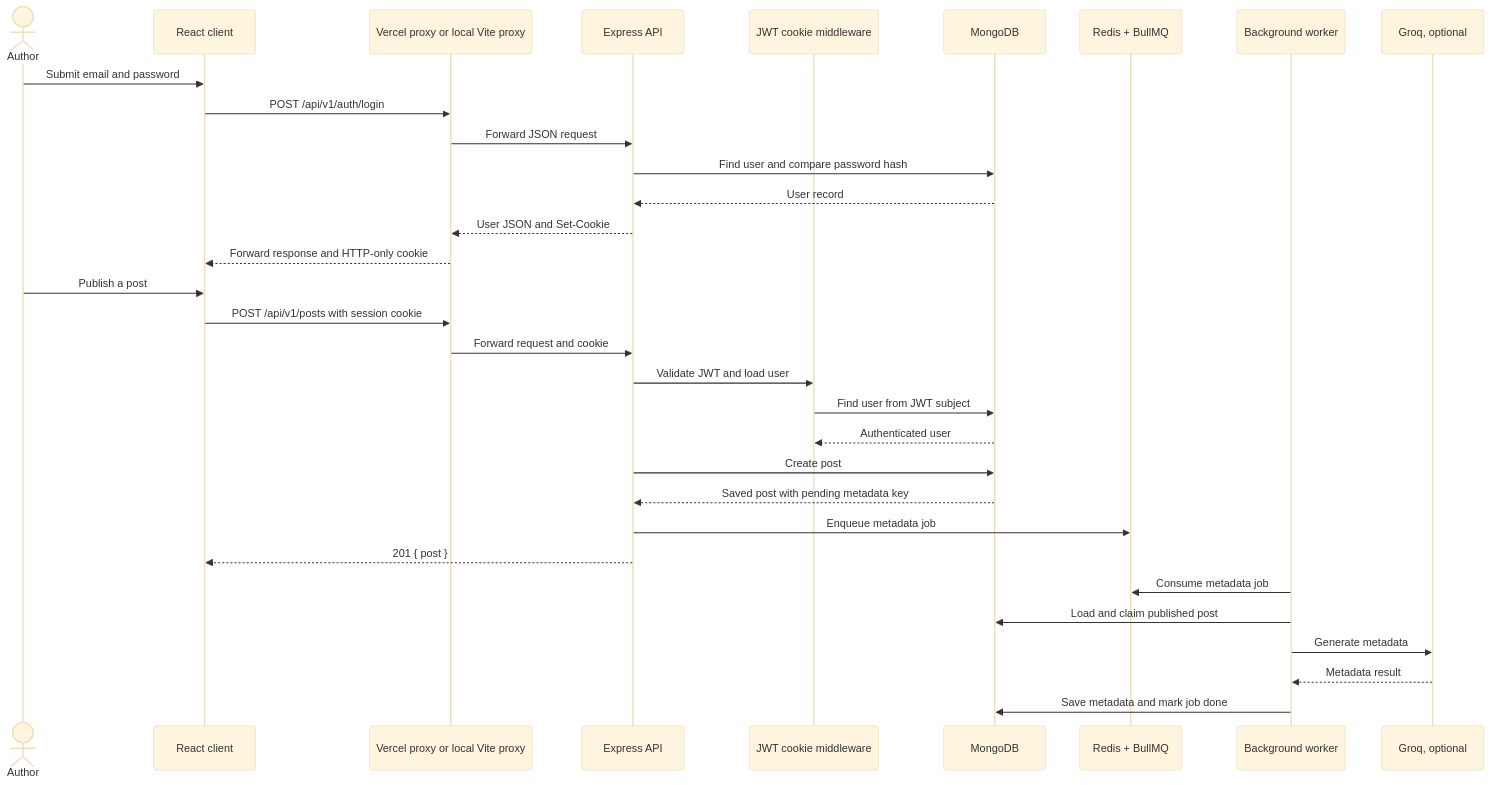
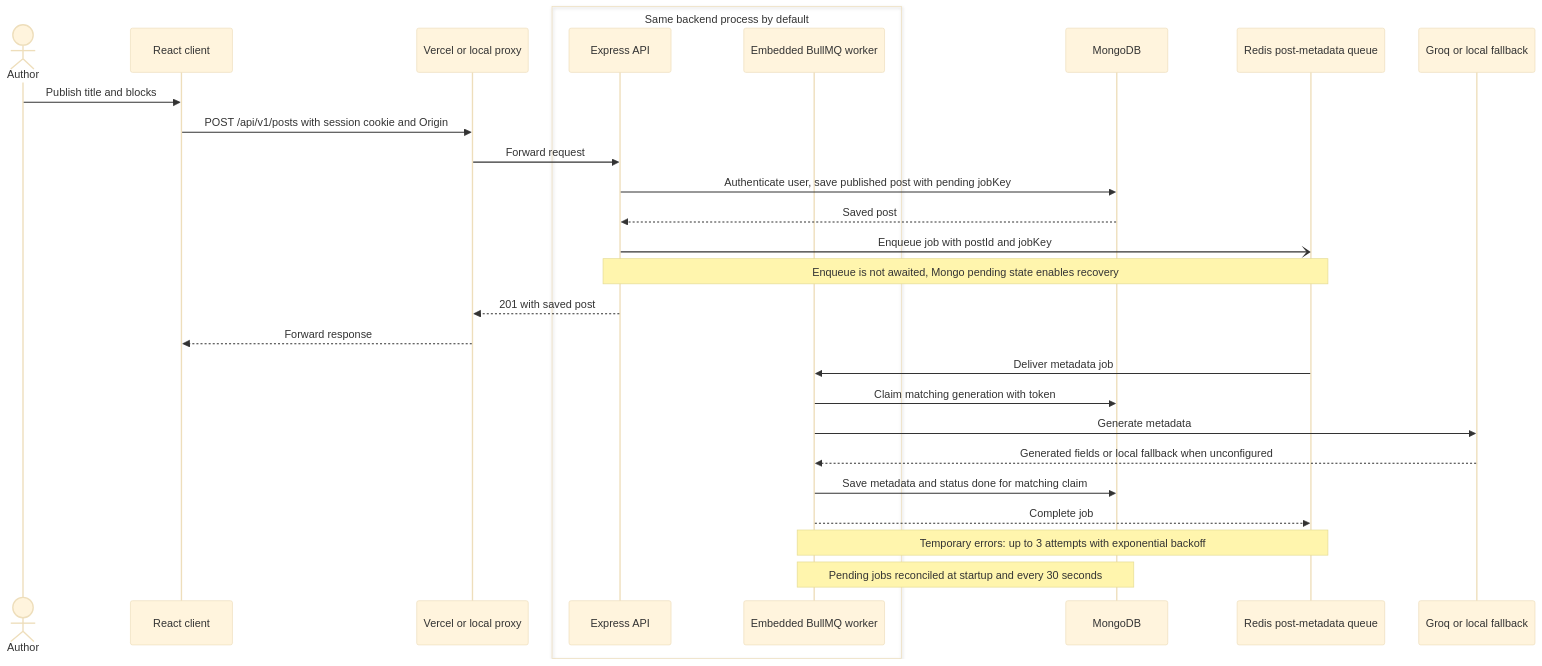
One commit to Heregaurav/inkwell changed the fourth of 4 diagrams in README.md. Above: the diagram before and after it, drawn with Mermaid (base theme). The commit also changed other lines of this file and 6 other files, not shown here.

````diff
--- a/README.md
+++ b/README.md
@@ -188,35 +157,30 @@
 ```mermaid
 sequenceDiagram
   actor Author
   participant UI as React client
-  participant Proxy as Vercel proxy or local Vite proxy
-  participant API as Express API
-  participant Auth as JWT cookie middleware
+  participant Proxy as Vercel or local proxy
+  box Same backend process by default
+    participant API as Express API
+    participant Worker as Embedded BullMQ worker
+  end
   participant DB as MongoDB
-  participant Queue as Redis + BullMQ
-  participant Worker as Background worker
-  participant AI as Groq, optional
-
-  Author->>UI: Submit email and password
-  UI->>Proxy: POST /api/v1/auth/login
-  Proxy->>API: Forward JSON request
-  API->>DB: Find user and compare password hash
-  DB-->>API: User record
-  API-->>Proxy: User JSON and Set-Cookie
-  Proxy-->>UI: Forward response and HTTP-only cookie
-  Author->>UI: Publish a post
-  UI->>Proxy: POST /api/v1/posts with session cookie
-  Proxy->>API: Forward request and cookie
-  API->>Auth: Validate JWT and load user
-  Auth->>DB: Find user from JWT subject
-  DB-->>Auth: Authenticated user
-  API->>DB: Create post
-  DB-->>API: Saved post with pending metadata key
-  API->>Queue: Enqueue metadata job
-  API-->>UI: 201 { post }
-  Worker->>Queue: Consume metadata job
-  Worker->>DB: Load and claim published post
+  participant Queue as Redis post-metadata queue
+  participant AI as Groq or local fallback
+  Author->>UI: Publish title and blocks
+  UI->>Proxy: POST /api/v1/posts with session cookie and Origin
+  Proxy->>API: Forward request
+  API->>DB: Authenticate user, save published post with pending jobKey
+  DB-->>API: Saved post
+  API-)Queue: Enqueue job with postId and jobKey
+  Note over API,Queue: Enqueue is not awaited, Mongo pending state enables recovery
+  API-->>Proxy: 201 with saved post
+  Proxy-->>UI: Forward response
+  Queue->>Worker: Deliver metadata job
+  Worker->>DB: Claim matching generation with token
   Worker->>AI: Generate metadata
-  AI-->>Worker: Metadata result
-  Worker->>DB: Save metadata and mark job done
+  AI-->>Worker: Generated fields or local fallback when unconfigured
+  Worker->>DB: Save metadata and status done for matching claim
+  Worker-->>Queue: Complete job
+  Note over Worker,Queue: Temporary errors: up to 3 attempts with exponential backoff
+  Note over Worker,DB: Pending jobs reconciled at startup and every 30 seconds
 ```
````
